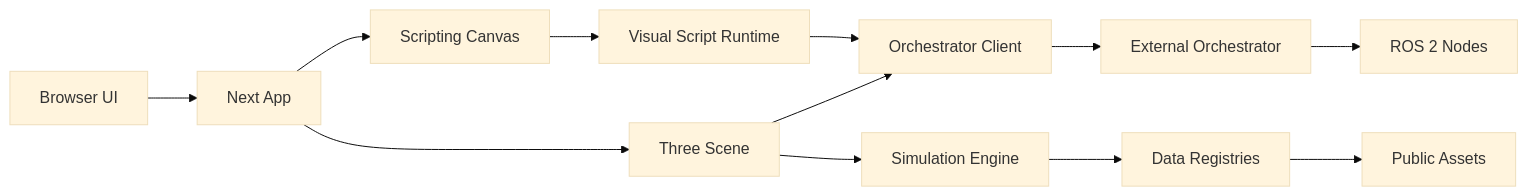
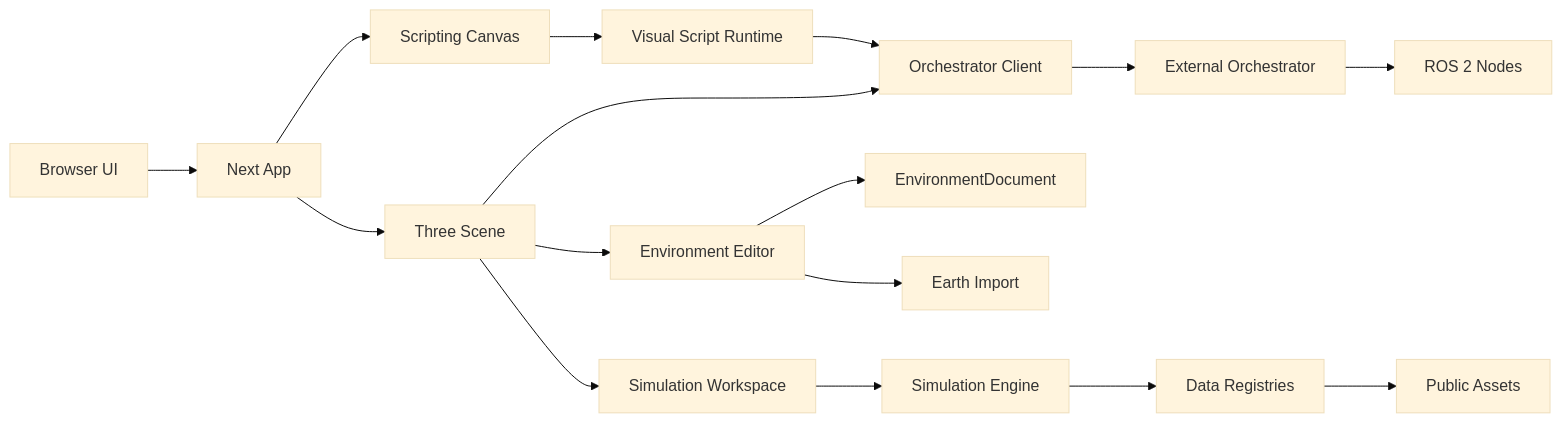
The diagram in docs/architecture.md (cornellev/ev-sim), drawn with Mermaid (base theme) before and after one commit. The commit also changed other lines of this file and 59 other files, not shown here.

````diff
--- a/docs/architecture.md
+++ b/docs/architecture.md
@@ -5,14 +5,18 @@
 ```mermaid
 flowchart LR
   userBrowser[Browser UI] --> nextApp[Next App]
   nextApp --> scriptingCanvas[Scripting Canvas]
   nextApp --> threeScene[Three Scene]
+  threeScene --> simWorkspace[Simulation Workspace]
+  threeScene --> envWorkspace[Environment Editor]
   scriptingCanvas --> scriptRuntime[Visual Script Runtime]
-  threeScene --> simEngine[Simulation Engine]
+  simWorkspace --> simEngine[Simulation Engine]
+  envWorkspace --> envDoc[EnvironmentDocument]
+  envWorkspace --> earthImport[Earth Import]
   scriptRuntime --> orchestratorClient[Orchestrator Client]
   threeScene --> orchestratorClient
   orchestratorClient --> externalOrchestrator[External Orchestrator]
   externalOrchestrator --> ros2Nodes[ROS 2 Nodes]
   simEngine --> sceneData[Data Registries]
   sceneData --> assets[Public Assets]
 ```
````
